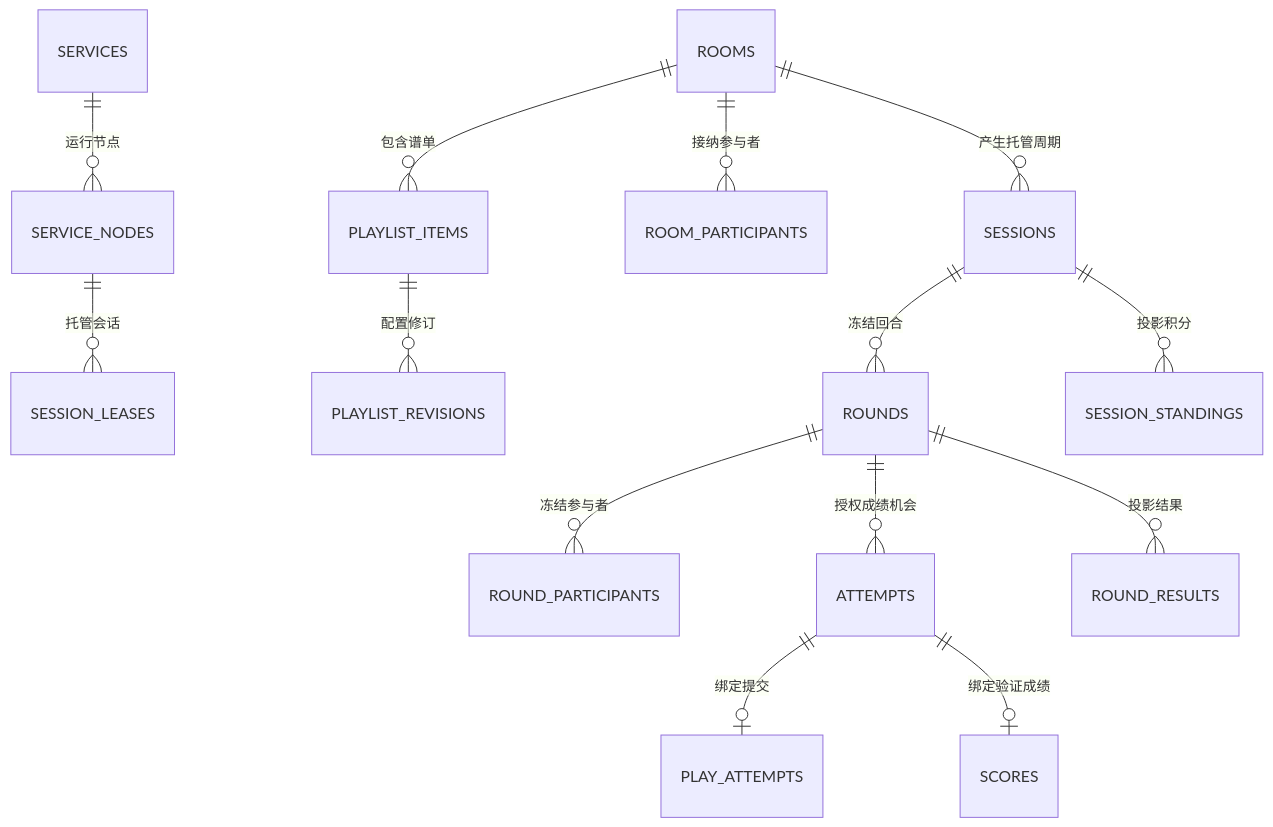
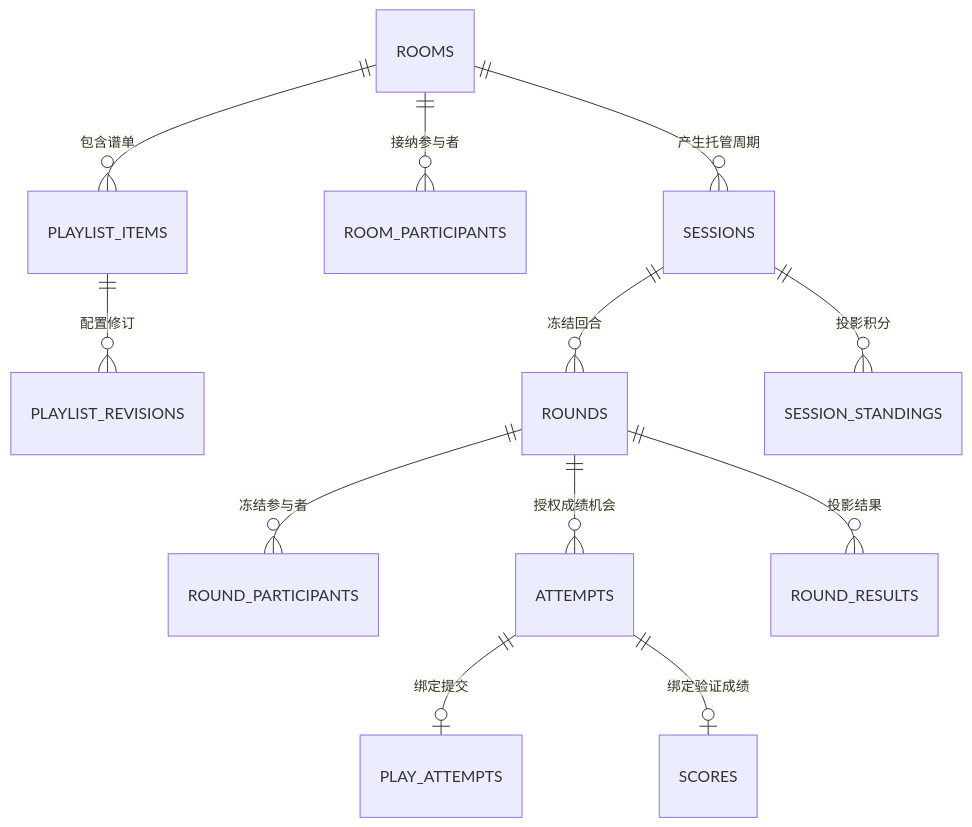
Before and after one commit to TrueRou/perfcho.py: the third of 5 diagrams in .agent-space/docs/database/relationships.md, drawn with Mermaid. The commit also changed other lines of this file and 33 other files, not shown here.

````diff
--- a/.agent-space/docs/database/relationships.md
+++ b/.agent-space/docs/database/relationships.md
@@ -43,16 +43,14 @@
 ```mermaid
 erDiagram
-    SERVICES ||--o{ SERVICE_NODES : "运行节点"
-    SERVICE_NODES ||--o{ SESSION_LEASES : "托管会话"
     ROOMS ||--o{ SESSIONS : "产生托管周期"
     ROOMS ||--o{ ROOM_PARTICIPANTS : "接纳参与者"
     ROOMS ||--o{ PLAYLIST_ITEMS : "包含谱单"
     PLAYLIST_ITEMS ||--o{ PLAYLIST_REVISIONS : "配置修订"
     SESSIONS ||--o{ ROUNDS : "冻结回合"
     ROUNDS ||--o{ ROUND_PARTICIPANTS : "冻结参与者"
     ROUNDS ||--o{ ATTEMPTS : "授权成绩机会"
     ATTEMPTS ||--o| PLAY_ATTEMPTS : "绑定提交"
     ATTEMPTS ||--o| SCORES : "绑定验证成绩"
     ROUNDS ||--o{ ROUND_RESULTS : "投影结果"
     SESSIONS ||--o{ SESSION_STANDINGS : "投影积分"
 ```
````
